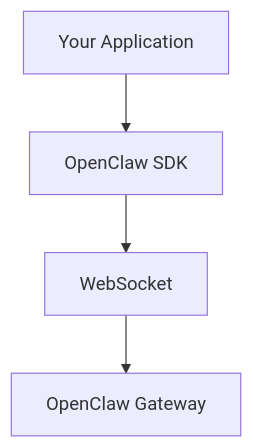
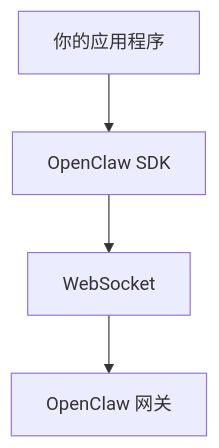
The diagram in docs/zh/architecture-book/part-6-sdks-apis/01-app-sdk.md (a576378368/openclaw_docs), drawn with Mermaid before and after one commit. The commit also changed other lines of this file and 13 other files, not shown here.

````diff
--- a/docs/zh/architecture-book/part-6-sdks-apis/01-app-sdk.md
+++ b/docs/zh/architecture-book/part-6-sdks-apis/01-app-sdk.md
@@ -15,11 +15,11 @@
 ```mermaid
 flowchart TB
-    App[Your Application]
+    App[你的应用程序]
     SDK[OpenClaw SDK]
     WS[WebSocket]
-    Gateway[OpenClaw Gateway]
+    Gateway[OpenClaw 网关]
 
     App --> SDK
     SDK --> WS
     WS --> Gateway
 ```
````
